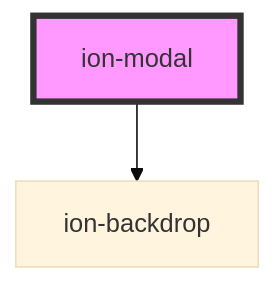
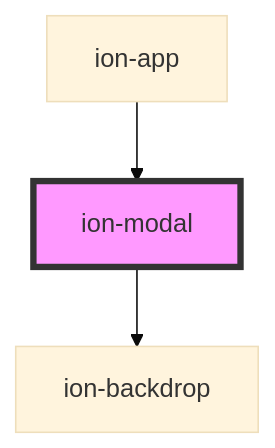
The diagram in core/src/components/modal/readme.md (Ryu9425/ang_ionic), drawn with Mermaid (base theme) before and after one commit. The commit also changed other lines of this file and 11 other files, not shown here.

Commit message:
fix(overlays): overlays are defined by ion-app; ion-select-popover is defined by ion-select

````diff
--- a/core/src/components/modal/readme.md
+++ b/core/src/components/modal/readme.md
@@ -1235,5 +1239,6 @@
 ```mermaid
 graph TD;
   ion-modal --> ion-backdrop
+  ion-app --> ion-modal
   style ion-modal fill:#f9f,stroke:#333,stroke-width:4px
 ```
````
